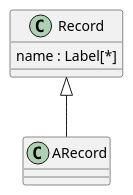
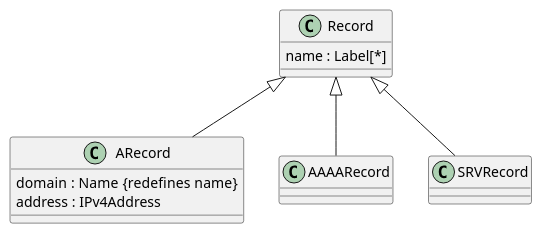
The diagram in salut-doc/src/doc/plantuml/records.plantuml (sunye/salut), drawn with PlantUML before and after one commit. The commit also changed 38 other files, not shown here.

```diff
--- a/salut-doc/src/doc/plantuml/records.plantuml
+++ b/salut-doc/src/doc/plantuml/records.plantuml
@@ -1,9 +1,16 @@
 @startuml
 class Record {
    name : Label[*]
 }
 
-class ARecord
+class ARecord {
+  domain  : Name {redefines name}
+  address : IPv4Address
+}
+
+class AAAARecord
 
 Record <|-- ARecord
+Record <|-- AAAARecord
+Record <|-- SRVRecord
 @enduml
```
